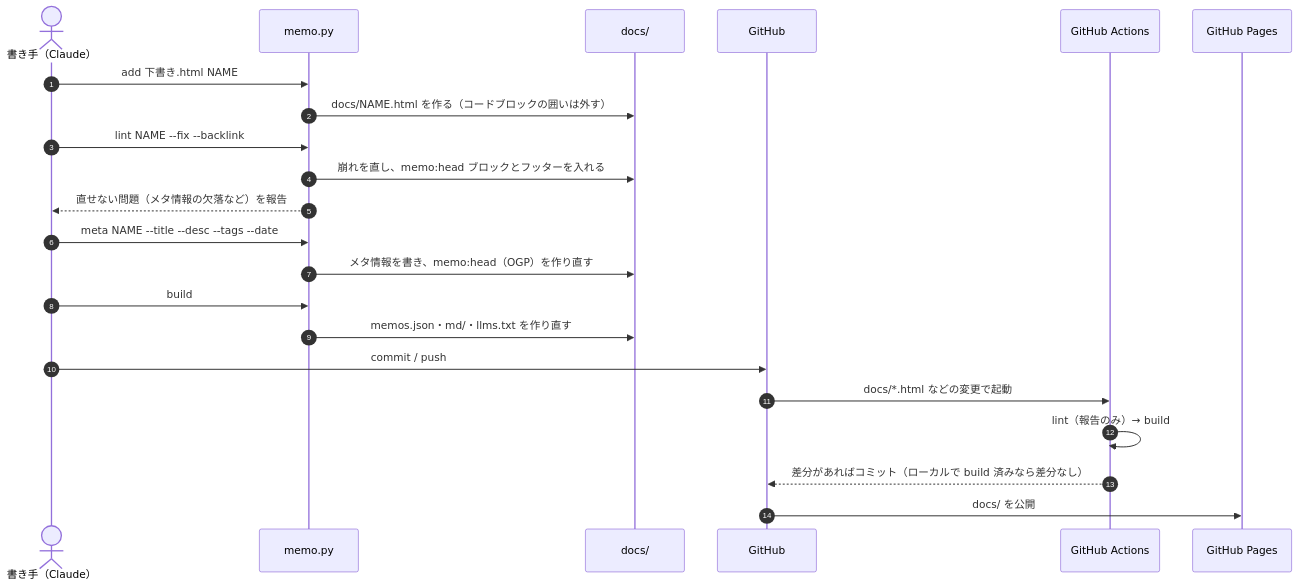
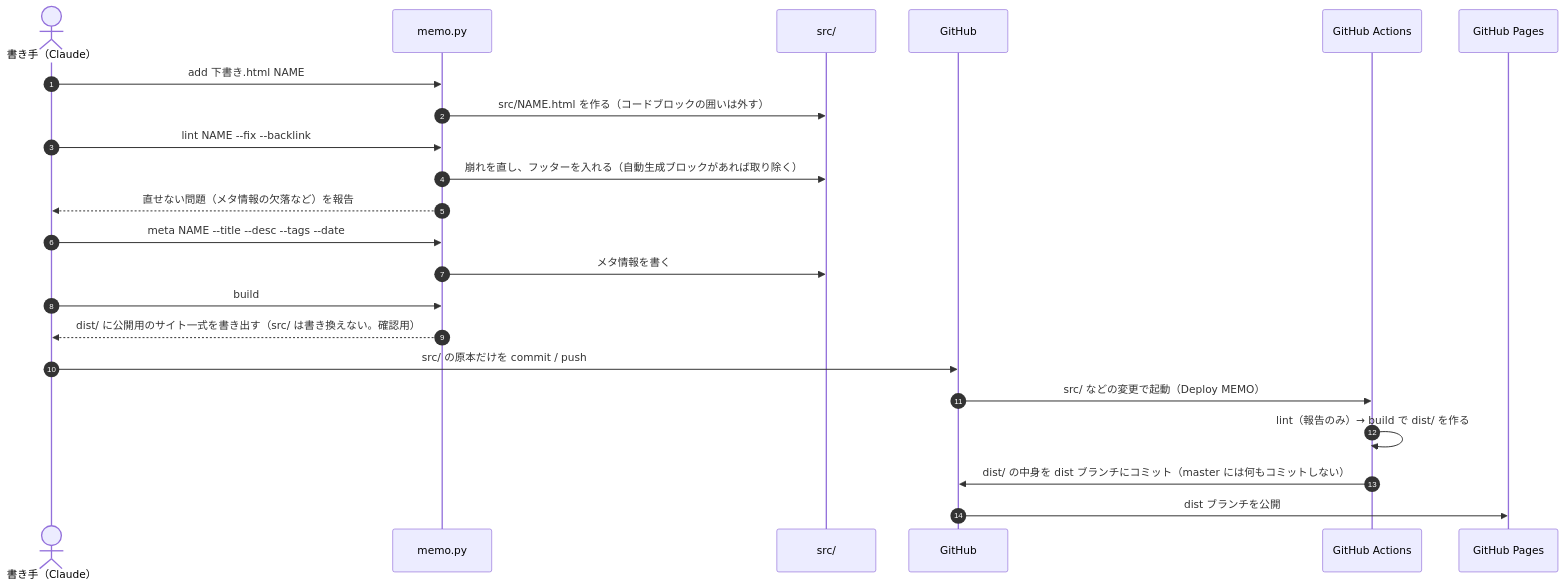
One commit to taka1156/back-of-the-flyer changed the third of 8 diagrams in memo-detail.md. Above: the diagram before and after it, drawn with Mermaid. The commit also changed other lines of this file and 41 other files, not shown here.

First line of the commit message:
Build into dist/ like memo-kit; rename docs/ to src/

````diff
--- a/memo-detail.md
+++ b/memo-detail.md
@@ -147,25 +140,25 @@
 ```mermaid
 sequenceDiagram
   autonumber
   actor U as 書き手（Claude）
   participant P as memo.py
-  participant D as docs/
+  participant D as src/
   participant G as GitHub
   participant A as GitHub Actions
   participant S as GitHub Pages
 
   U->>P: add 下書き.html NAME
-  P->>D: docs/NAME.html を作る（コードブロックの囲いは外す）
+  P->>D: src/NAME.html を作る（コードブロックの囲いは外す）
   U->>P: lint NAME --fix --backlink
-  P->>D: 崩れを直し、memo:head ブロックとフッターを入れる
+  P->>D: 崩れを直し、フッターを入れる（自動生成ブロックがあれば取り除く）
   P-->>U: 直せない問題（メタ情報の欠落など）を報告
   U->>P: meta NAME --title --desc --tags --date
-  P->>D: メタ情報を書き、memo:head（OGP）を作り直す
+  P->>D: メタ情報を書く
   U->>P: build
-  P->>D: memos.json・md/・llms.txt を作り直す
-  U->>G: commit / push
-  G->>A: docs/*.html などの変更で起動
-  A->>A: lint（報告のみ）→ build
-  A-->>G: 差分があればコミット（ローカルで build 済みなら差分なし）
-  G->>S: docs/ を公開
+  P-->>U: dist/ に公開用のサイト一式を書き出す（src/ は書き換えない。確認用）
+  U->>G: src/ の原本だけを commit / push
+  G->>A: src/ などの変更で起動（Deploy MEMO）
+  A->>A: lint（報告のみ）→ build で dist/ を作る
+  A->>G: dist/ の中身を dist ブランチにコミット（master には何もコミットしない）
+  G->>S: dist ブランチを公開
 ```
````
